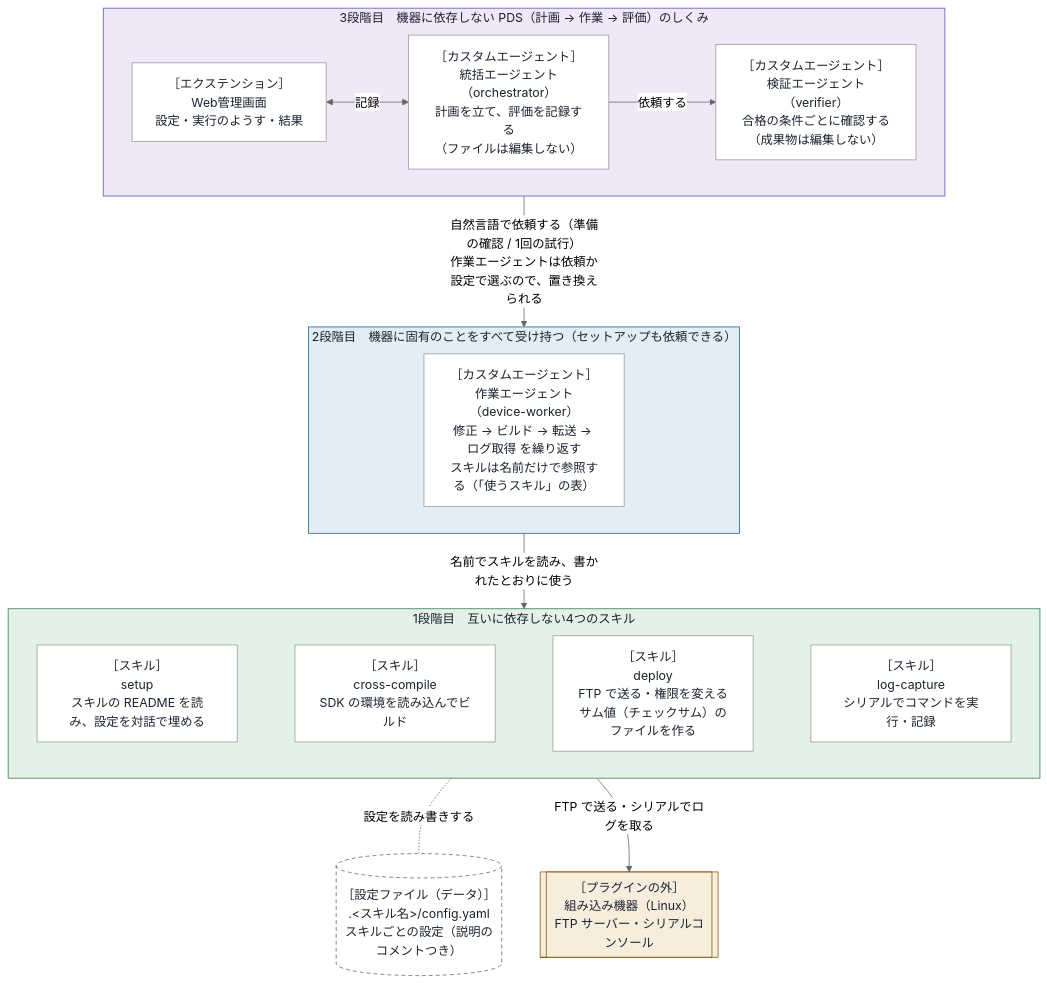
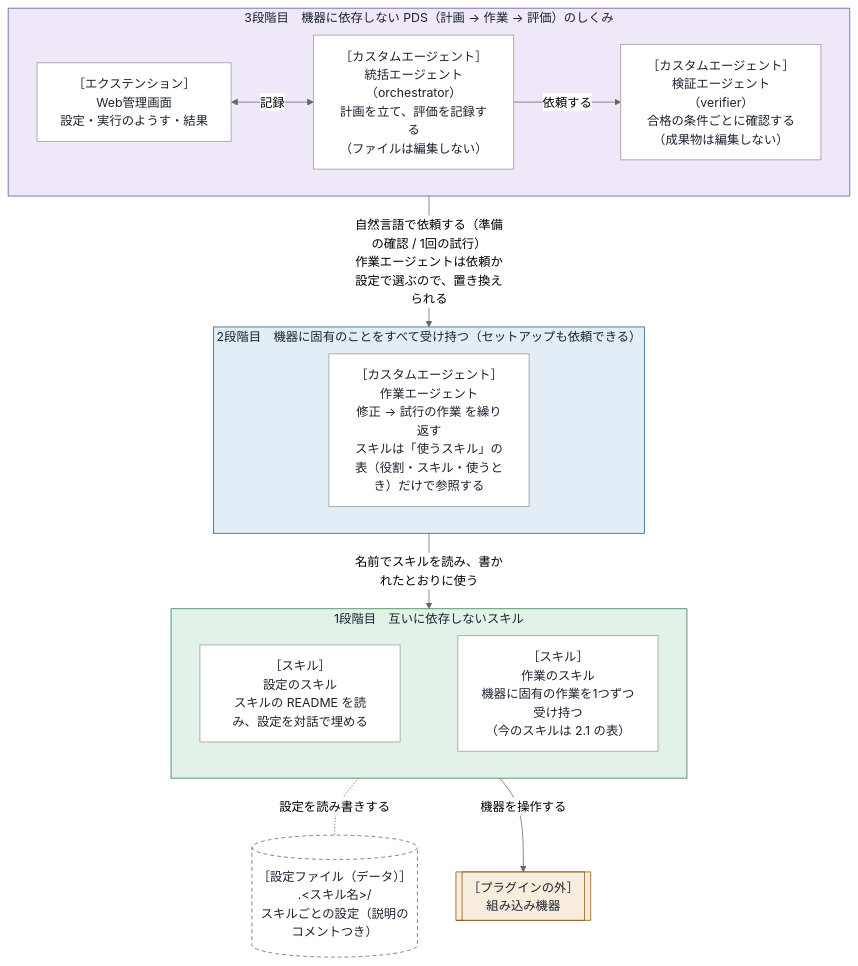
Before and after one commit to xclang-brain/plugin-market-place: the diagram in plugins/embedded-debug-loop/docs/design/design.md, drawn with Mermaid (neutral theme). The commit also changed other lines of this file and 7 other files, not shown here.

````diff
--- a/plugins/embedded-debug-loop/docs/design/design.md
+++ b/plugins/embedded-debug-loop/docs/design/design.md
@@ -20,42 +20,40 @@
 ```mermaid
 flowchart TB
     subgraph L3["3段階目　機器に依存しない PDS（計画 → 作業 → 評価）のしくみ"]
         direction LR
         UI["［エクステンション］<br/>Web管理画面<br/>設定・実行のようす・結果"]
         ORC["［カスタムエージェント］<br/>統括エージェント（orchestrator）<br/>計画を立て、評価を記録する<br/>（ファイルは編集しない）"]
         VER["［カスタムエージェント］<br/>検証エージェント（verifier）<br/>合格の条件ごとに確認する<br/>（成果物は編集しない）"]
         UI <-- "記録" --> ORC
         ORC -- "依頼する" --> VER
     end
 
     subgraph L2["2段階目　機器に固有のことをすべて受け持つ（セットアップも依頼できる）"]
-        WRK["［カスタムエージェント］<br/>作業エージェント（device-worker）<br/>修正 → ビルド → 転送 → ログ取得 を繰り返す<br/>スキルは名前だけで参照する（「使うスキル」の表）"]
+        WRK["［カスタムエージェント］<br/>作業エージェント<br/>修正 → 試行の作業 を繰り返す<br/>スキルは「使うスキル」の表（役割・スキル・使うとき）だけで参照する"]
     end
 
-    subgraph L1["1段階目　互いに依存しない4つのスキル"]
+    subgraph L1["1段階目　互いに依存しないスキル"]
         direction LR
-        SETUP["［スキル］<br/>setup<br/>スキルの README を読み、設定を対話で埋める"]
-        CC["［スキル］<br/>cross-compile<br/>SDK の環境を読み込んでビルド"]
-        DEP["［スキル］<br/>deploy<br/>FTP で送る・権限を変える<br/>サム値（チェックサム）のファイルを作る"]
-        LOG["［スキル］<br/>log-capture<br/>シリアルでコマンドを実行・記録"]
-        SETUP ~~~ CC ~~~ DEP ~~~ LOG
+        SETUP["［スキル］<br/>設定のスキル<br/>スキルの README を読み、設定を対話で埋める"]
+        WORKS["［スキル］<br/>作業のスキル<br/>機器に固有の作業を1つずつ受け持つ<br/>（今のスキルは 2.1 の表）"]
+        SETUP ~~~ WORKS
     end
 
-    CFG[("［設定ファイル（データ）］<br/>.#lt;スキル名#gt;/config.yaml<br/>スキルごとの設定（説明のコメントつき）")]
-    DEV[["［プラグインの外］<br/>組み込み機器（Linux）<br/>FTP サーバー・シリアルコンソール"]]
+    CFG[("［設定ファイル（データ）］<br/>.#lt;スキル名#gt;/<br/>スキルごとの設定（説明のコメントつき）")]
+    DEV[["［プラグインの外］<br/>組み込み機器"]]
 
     L3 -- "自然言語で依頼する（準備の確認 / 1回の試行）<br/>作業エージェントは依頼か設定で選ぶので、置き換えられる" --> L2
     L2 -- "名前でスキルを読み、書かれたとおりに使う" --> L1
     L1 -. "設定を読み書きする" .- CFG
-    L1 -- "FTP で送る・シリアルでログを取る" --> DEV
+    L1 -- "機器を操作する" --> DEV
 
     style L3 fill:#eee8f8,stroke:#6a4aa8,color:#1b2230
     style L2 fill:#e2edf6,stroke:#1d5e8c,color:#1b2230
     style L1 fill:#e3f2e8,stroke:#2f7d4f,color:#1b2230
     classDef node fill:#ffffff,color:#1b2230
     classDef dev fill:#f7eddc,stroke:#8a5a12,color:#1b2230
     classDef cfg fill:#ffffff,stroke:#586275,color:#1b2230,stroke-dasharray:5 4
-    class UI,ORC,VER,WRK,SETUP,CC,DEP,LOG node
+    class UI,ORC,VER,WRK,SETUP,WORKS node
     class DEV dev
     class CFG cfg
 ```
````
